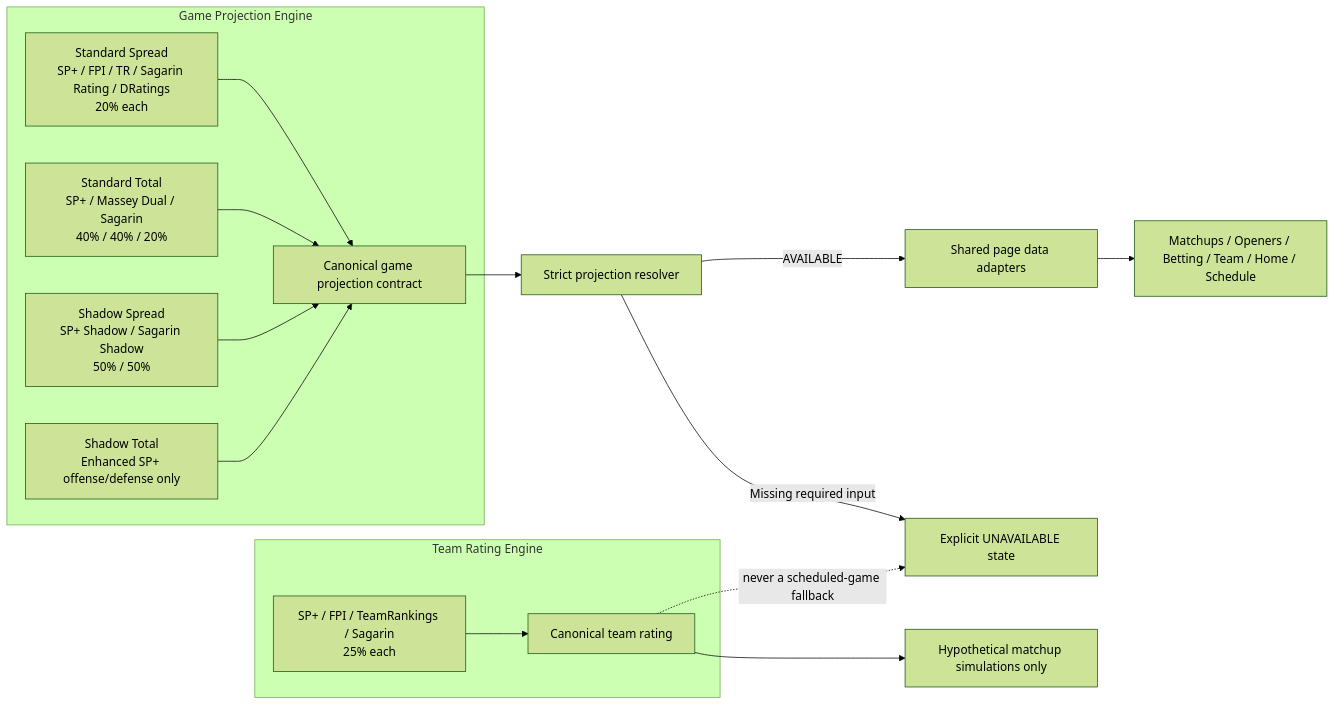
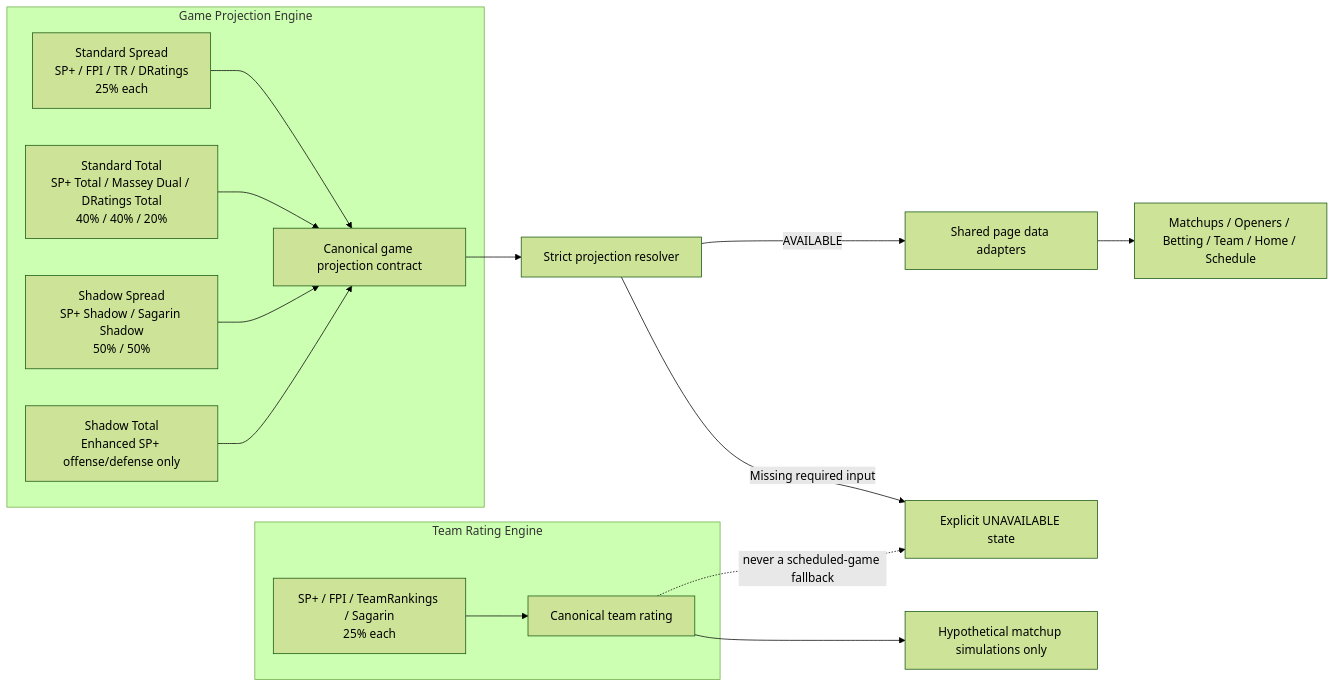
Before and after one commit to barnsey1210/2026_NCAA_Football: the second of 2 diagrams in docs/WAR_ROOM_DATA_ARCHITECTURE.md, drawn with Mermaid (forest theme). The commit also changed other lines of this file and 58 other files, not shown here.

Commit message:
Activate four-source Spread and DRatings Total Standard authority

````diff
--- a/docs/WAR_ROOM_DATA_ARCHITECTURE.md
+++ b/docs/WAR_ROOM_DATA_ARCHITECTURE.md
@@ -169,24 +179,24 @@
 ```mermaid
 flowchart LR
   subgraph TRE["Team Rating Engine"]
     TRS["SP+ / FPI / TeamRankings / Sagarin<br/>25% each"] --> TRC["Canonical team rating"]
   end
 
   subgraph GPE["Game Projection Engine"]
-    SS["Standard Spread<br/>SP+ / FPI / TR / Sagarin Rating / DRatings<br/>20% each"]
-    ST["Standard Total<br/>SP+ / Massey Dual / Sagarin<br/>40% / 40% / 20%"]
+    SS["Standard Spread<br/>SP+ / FPI / TR / DRatings<br/>25% each"]
+    ST["Standard Total<br/>SP+ Total / Massey Dual / DRatings Total<br/>40% / 40% / 20%"]
     SHS["Shadow Spread<br/>SP+ Shadow / Sagarin Shadow<br/>50% / 50%"]
     SHT["Shadow Total<br/>Enhanced SP+ offense/defense only"]
     SS --> CONTRACT["Canonical game projection contract"]
     ST --> CONTRACT
     SHS --> CONTRACT
     SHT --> CONTRACT
   end
 
   CONTRACT --> RESOLVER["Strict projection resolver"]
   RESOLVER -->|"AVAILABLE"| ADAPTERS["Shared page data adapters"]
   RESOLVER -->|"Missing required input"| UNAVAILABLE["Explicit UNAVAILABLE state"]
   ADAPTERS --> PAGES["Matchups / Openers / Betting / Team / Home / Schedule"]
   TRC --> SIMS["Hypothetical matchup simulations only"]
   TRC -. "never a scheduled-game fallback" .-> UNAVAILABLE
 ```
````
